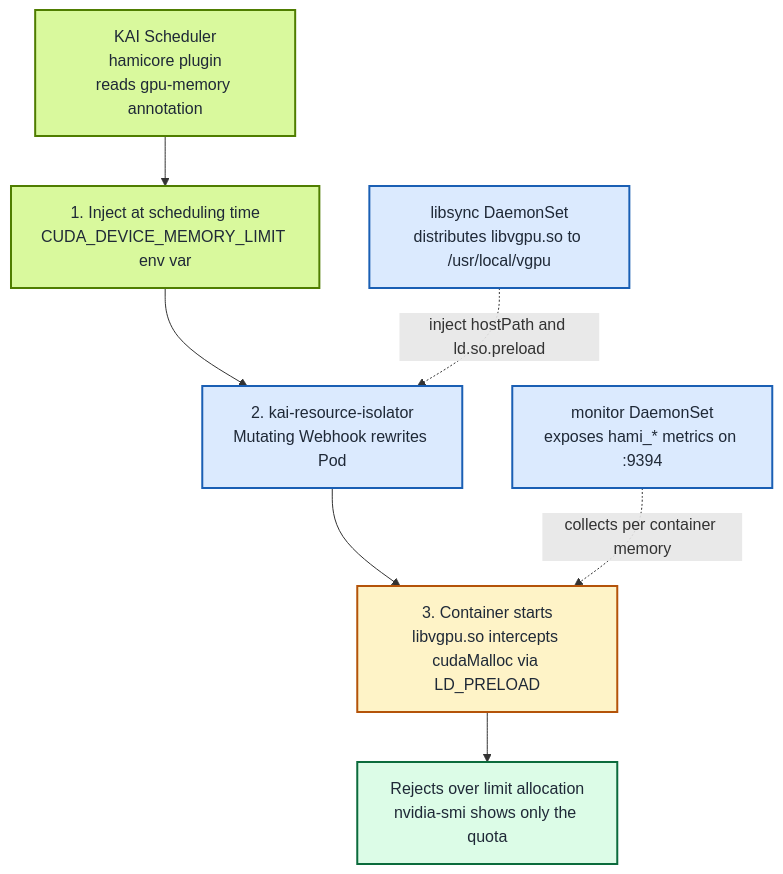
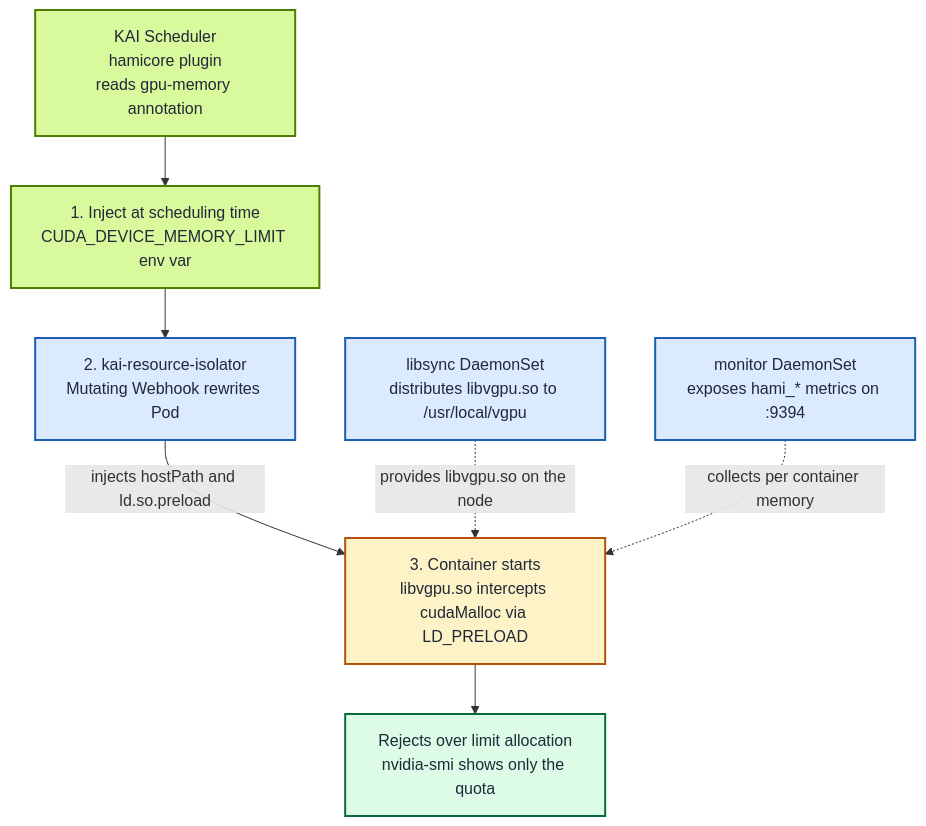
One commit to Project-HAMi/website changed the second of 2 diagrams in blog/kai-scheduler-hami-gpu-memory-hard-isolation/index.md. Above: the diagram before and after it, drawn with Mermaid. The commit also changed other lines of this file and 4 other files, not shown here.

````diff
--- a/blog/kai-scheduler-hami-gpu-memory-hard-isolation/index.md
+++ b/blog/kai-scheduler-hami-gpu-memory-hard-isolation/index.md
@@ -97,23 +97,24 @@
 ```mermaid
 %% title: Three step cooperation between KAI Scheduler and kai-resource-isolator
 graph TD
     KAI["KAI Scheduler<br/>hamicore plugin<br/>reads gpu-memory annotation"]
     ENV["1. Inject at scheduling time<br/>CUDA_DEVICE_MEMORY_LIMIT env var"]
     ISO["2. kai-resource-isolator<br/>Mutating Webhook rewrites Pod"]
     LIB["libsync DaemonSet<br/>distributes libvgpu.so to /usr/local/vgpu"]
     MON["monitor DaemonSet<br/>exposes hami_* metrics on :9394"]
     RUN["3. Container starts<br/>libvgpu.so intercepts cudaMalloc via LD_PRELOAD"]
     ENF["Rejects over limit allocation<br/>nvidia-smi shows only the quota"]
 
-    KAI --> ENV --> ISO --> RUN --> ENF
-    LIB -. "inject hostPath and ld.so.preload" .-> ISO
+    KAI --> ENV --> ISO
+    ISO -->|"injects hostPath and ld.so.preload"| RUN --> ENF
+    LIB -. "provides libvgpu.so on the node" .-> RUN
     MON -. "collects per container memory" .-> RUN
 
     style KAI fill:#d9f99d,stroke:#4f7d00,stroke-width:2px,color:#1f2937
     style ENV fill:#d9f99d,stroke:#4f7d00,stroke-width:2px,color:#1f2937
     style ISO fill:#dbeafe,stroke:#1a5fb4,stroke-width:2px,color:#1f2937
     style LIB fill:#dbeafe,stroke:#1a5fb4,stroke-width:2px,color:#1f2937
     style MON fill:#dbeafe,stroke:#1a5fb4,stroke-width:2px,color:#1f2937
     style RUN fill:#fef3c7,stroke:#b45309,stroke-width:2px,color:#1f2937
     style ENF fill:#dcfce7,stroke:#0b6b3c,stroke-width:2px,color:#1f2937
 ```
````
